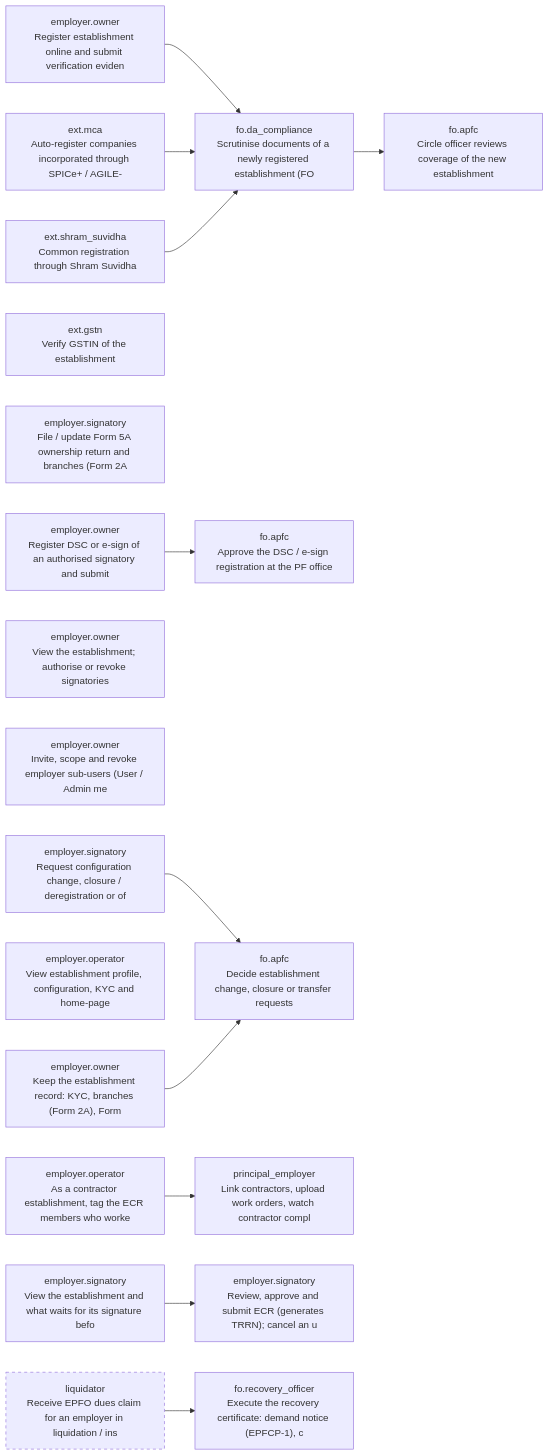
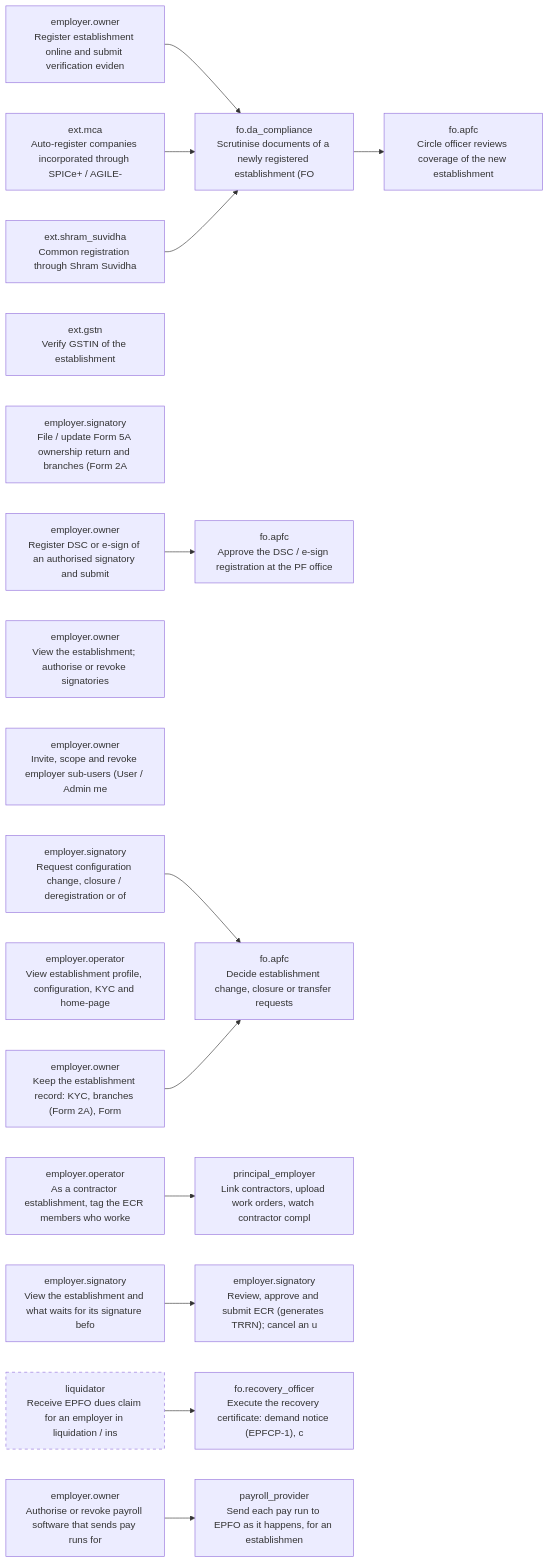
The first of 14 diagrams in docs/stakeholder-api-sets.md (gauravmeena0708/pf-life), drawn with Mermaid before and after one commit. The commit also changed other lines of this file and 17 other files, not shown here.

Commit message:
P2.22 plumbing: pay runs and payroll providers in the catalogue, activities and event contracts; the provider revocation flagged for the gateway; the b2b-sandbox machine login given a fixed id

````diff
--- a/docs/stakeholder-api-sets.md
+++ b/docs/stakeholder-api-sets.md
@@ -1568,35 +1576,38 @@
 ```mermaid
 flowchart LR
   F01_register["employer.owner<br/>Register establishment online and submit verification eviden"]
   F01_mca_autoreg["ext.mca<br/>Auto-register companies incorporated through SPICe+ / AGILE-"]
   F01_ssp_reg["ext.shram_suvidha<br/>Common registration through Shram Suvidha"]
   F01_kyc_registry["ext.gstn<br/>Verify GSTIN of the establishment"]
   F01_olre_scrutiny["fo.da_compliance<br/>Scrutinise documents of a newly registered establishment (FO"]
   F01_circle_review["fo.apfc<br/>Circle officer reviews coverage of the new establishment"]
   F01_form5a["employer.signatory<br/>File / update Form 5A ownership return and branches (Form 2A"]
   F01_dsc_register["employer.owner<br/>Register DSC or e-sign of an authorised signatory and submit"]
   F01_dsc_approve["fo.apfc<br/>Approve the DSC / e-sign registration at the PF office"]
   F01_signatories["employer.owner<br/>View the establishment; authorise or revoke signatories"]
   F01_operators["employer.owner<br/>Invite, scope and revoke employer sub-users (User / Admin me"]
   F01_signatory_profile["employer.signatory<br/>View the establishment and what waits for its signature befo"]
   F01_profile["employer.operator<br/>View establishment profile, configuration, KYC and home-page"]
   F01_change_request["employer.signatory<br/>Request configuration change, closure / deregistration or of"]
   F01_change_decide["fo.apfc<br/>Decide establishment change, closure or transfer requests"]
   F01_establishment_owner["employer.owner<br/>Keep the establishment record: KYC, branches (Form 2A), Form"]
   F01_contractors["principal_employer<br/>Link contractors, upload work orders, watch contractor compl"]
   F01_contractor_tag["employer.operator<br/>As a contractor establishment, tag the ECR members who worke"]
   F01_liquidation["liquidator<br/>Receive EPFO dues claim for an employer in liquidation / ins"]
   style F01_liquidation stroke-dasharray: 5 5
+  F01_payroll_providers["employer.owner<br/>Authorise or revoke payroll software that sends pay runs for"]
   F01_register --> F01_olre_scrutiny
   F01_mca_autoreg --> F01_olre_scrutiny
   F01_ssp_reg --> F01_olre_scrutiny
   F01_olre_scrutiny --> F01_circle_review
   F01_dsc_register --> F01_dsc_approve
   F03_ecr_approve["employer.signatory<br/>Review, approve and submit ECR (generates TRRN); cancel an u"]
   F01_signatory_profile --> F03_ecr_approve
   F01_change_request --> F01_change_decide
   F01_establishment_owner --> F01_change_decide
   F01_contractor_tag --> F01_contractors
   F06_recovery["fo.recovery_officer<br/>Execute the recovery certificate: demand notice (EPFCP-1), c"]
   F01_liquidation --> F06_recovery
+  F03_pay_runs["payroll_provider<br/>Send each pay run to EPFO as it happens, for an establishmen"]
+  F01_payroll_providers --> F03_pay_runs
 ```
````
